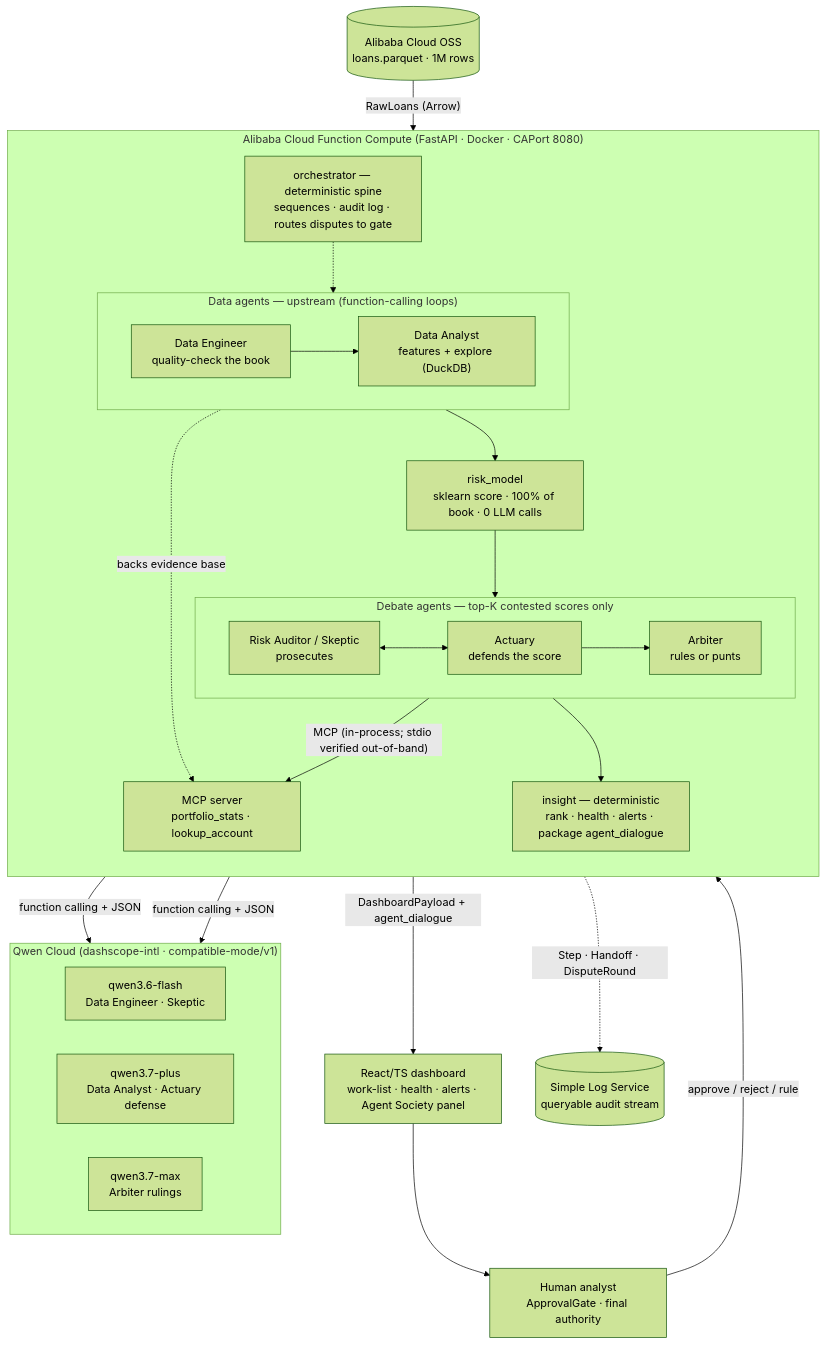
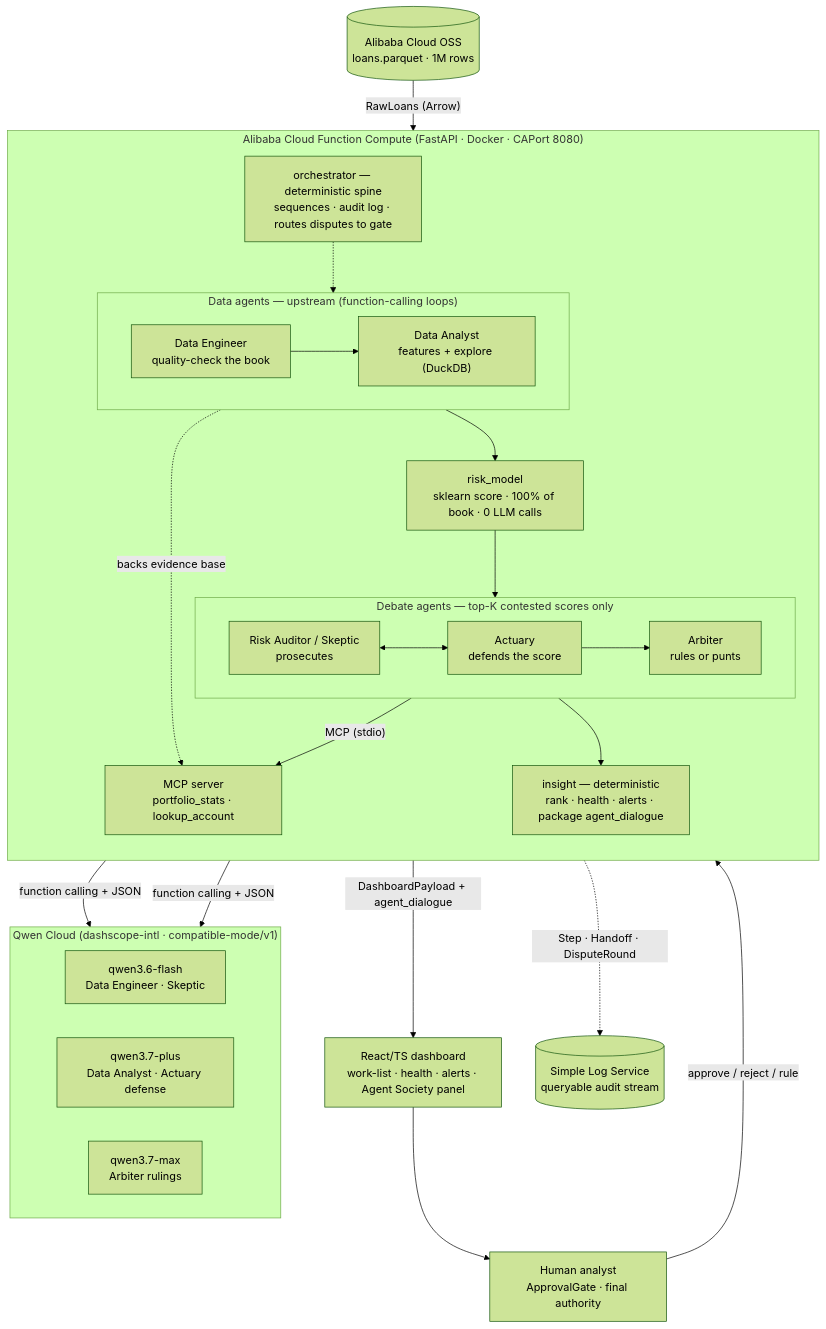
The second of 2 diagrams in HACKATHON.md (MFarizalA/waspada), drawn with Mermaid (forest theme) before and after one commit. The commit also changed other lines of this file and 146 other files, not shown here.

````diff
--- a/HACKATHON.md
+++ b/HACKATHON.md
@@ -249,44 +245,44 @@
 ```mermaid
 flowchart TB
     OSS[("Alibaba Cloud OSS<br/>loans.parquet · 1M rows")]
 
     subgraph FC["Alibaba Cloud Function Compute (FastAPI · Docker · CAPort 8080)"]
         direction TB
         ORCH["orchestrator — deterministic spine<br/>sequences · audit log · routes disputes to gate"]
         subgraph DATA["Data agents — upstream (function-calling loops)"]
             direction LR
             DE["Data Engineer<br/>quality-check the book"] --> DA["Data Analyst<br/>features + explore (DuckDB)"]
         end
         RM["risk_model<br/>sklearn score · 100% of book · 0 LLM calls"]
         subgraph DEBATE["Debate agents — top-K contested scores only"]
             direction LR
             SK["Risk Auditor / Skeptic<br/>prosecutes"] <--> AC["Actuary<br/>defends the score"]
             AC --> AR["Arbiter<br/>rules or punts"]
         end
         INS["insight — deterministic<br/>rank · health · alerts · package agent_dialogue"]
         MCP["MCP server<br/>portfolio_stats · lookup_account"]
 
         ORCH -.-> DATA
         DA --> RM --> DEBATE --> INS
         DA -. "backs evidence base" .-> MCP
-        SK -- "MCP (in-process; stdio verified out-of-band)" --> MCP
+        SK -- "MCP (stdio)" --> MCP
     end
 
     subgraph QC["Qwen Cloud (dashscope-intl · compatible-mode/v1)"]
         F["qwen3.6-flash<br/>Data Engineer · Skeptic"]
         P["qwen3.7-plus<br/>Data Analyst · Actuary defense"]
         M["qwen3.7-max<br/>Arbiter rulings"]
     end
 
     UI["React/TS dashboard<br/>work-list · health · alerts · Agent Society panel"]
     HU["Human analyst<br/>ApprovalGate · final authority"]
     SLS[("Simple Log Service<br/>queryable audit stream")]
 
     OSS -- "RawLoans (Arrow)" --> DE
     DATA -- "function calling + JSON" --> QC
     DEBATE -- "function calling + JSON" --> QC
     INS -- "DashboardPayload + agent_dialogue" --> UI
     UI --> HU
     HU -- "approve / reject / rule" --> ORCH
     FC -. "Step · Handoff · DisputeRound" .-> SLS
 ```
````
